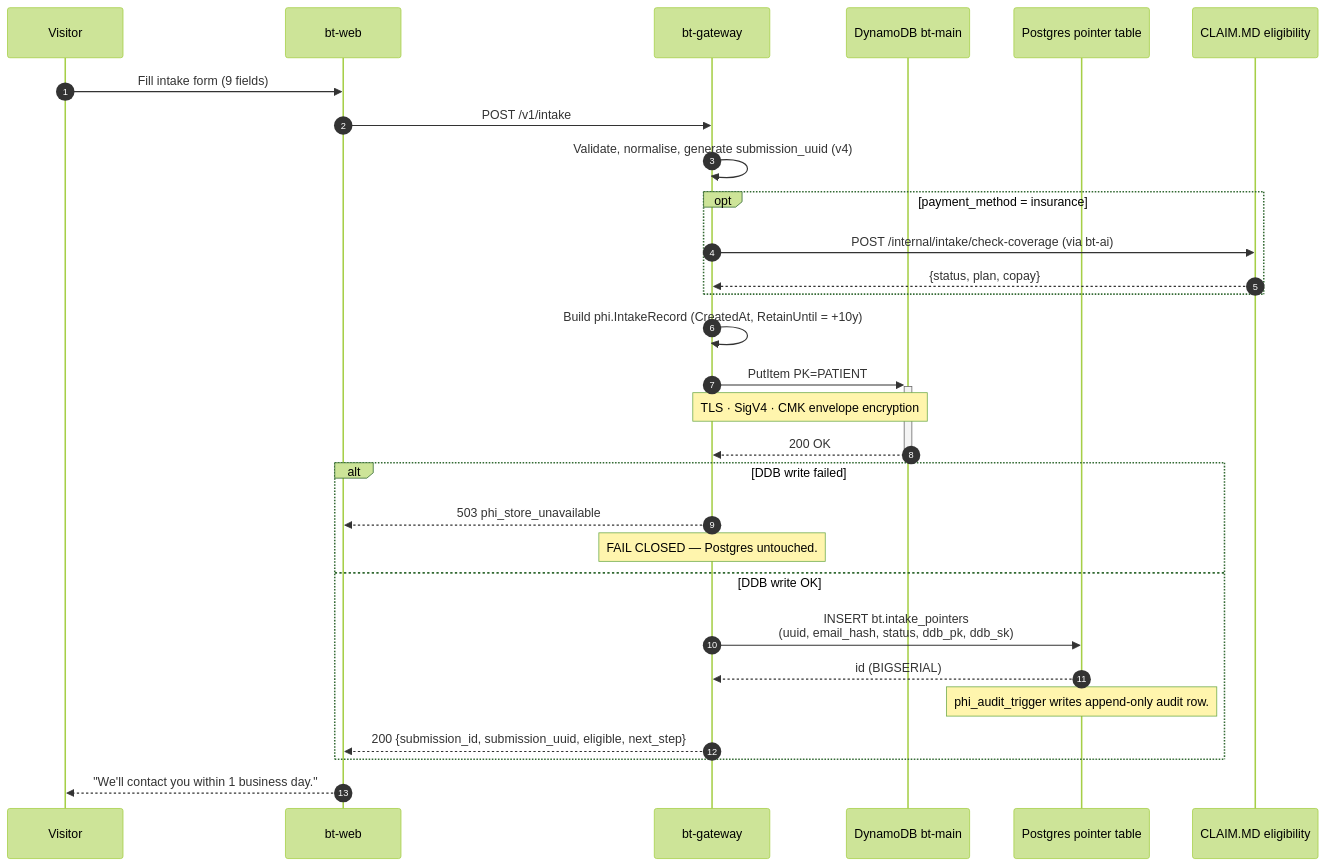
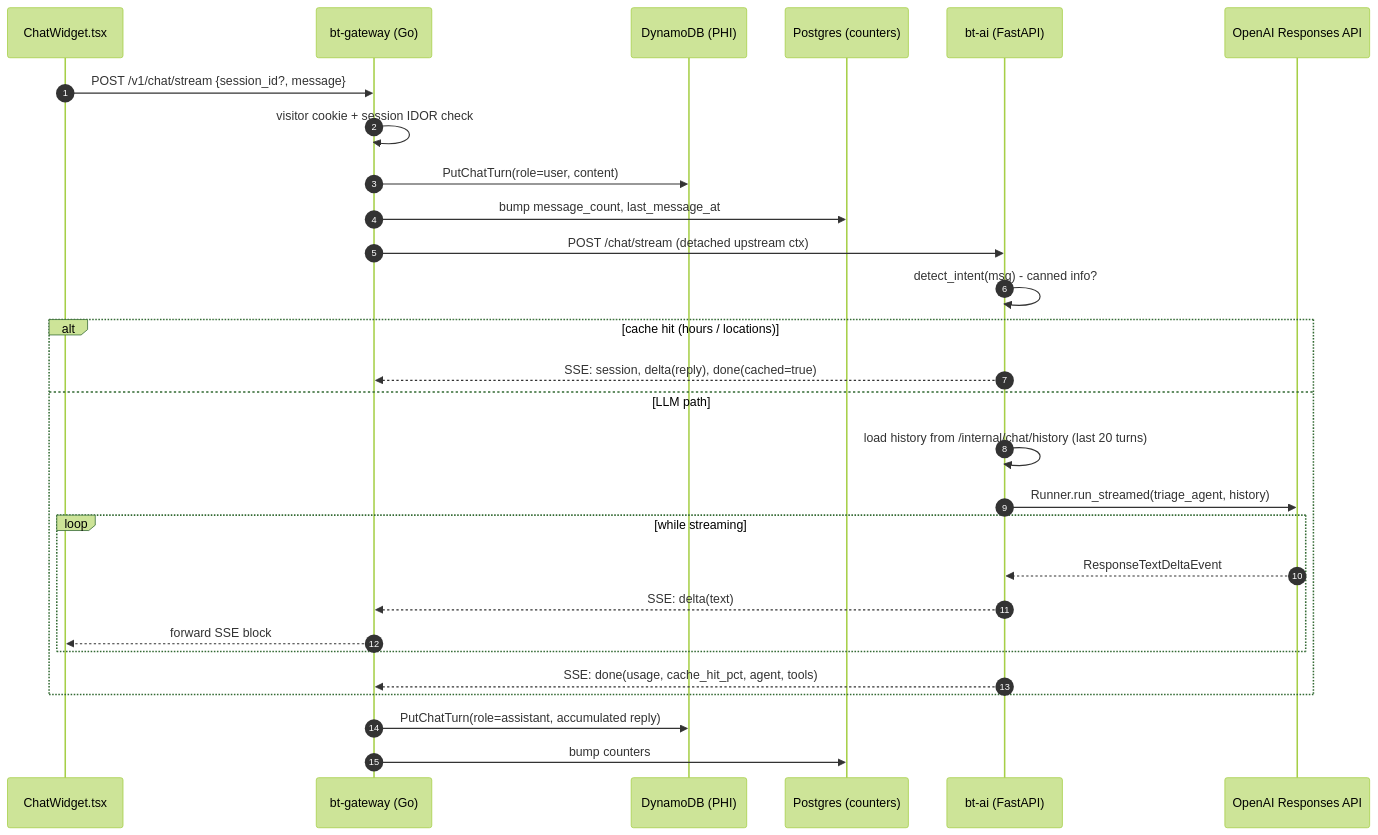
The third of 9 diagrams in README.md (shankasf/brightertomorrow), drawn with Mermaid (forest theme) before and after one commit. The commit also changed other lines of this file, not shown here.

First line of the commit message:
docs(readme): rebuild as voice + chat agent map with mermaid flowcharts

````diff
--- a/README.md
+++ b/README.md
@@ -376,32 +96,33 @@
 ```mermaid
 sequenceDiagram
     autonumber
-    participant V as Visitor
-    participant W as bt-web
-    participant GW as bt-gateway
-    participant DDB as DynamoDB bt-main
-    participant PG as Postgres pointer table
-    participant CL as CLAIM.MD eligibility
+    participant W as ChatWidget.tsx
+    participant G as bt-gateway (Go)
+    participant DDB as DynamoDB (PHI)
+    participant PG as Postgres (counters)
+    participant AI as bt-ai (FastAPI)
+    participant LLM as OpenAI Responses API
 
-    V->>W: Fill intake form (9 fields)
-    W->>GW: POST /v1/intake
-    GW->>GW: Validate, normalise, generate submission_uuid (v4)
-    opt payment_method = insurance
-        GW->>CL: POST /internal/intake/check-coverage (via bt-ai)
-        CL-->>GW: {status, plan, copay}
+    W->>G: POST /v1/chat/stream {session_id?, message}
+    G->>G: visitor cookie + session IDOR check
+    G->>DDB: PutChatTurn(role=user, content)
+    G->>PG: bump message_count, last_message_at
+    G->>AI: POST /chat/stream (detached upstream ctx)
+    AI->>AI: detect_intent(msg) - canned info?
+
+    alt cache hit (hours / locations)
+        AI-->>G: SSE: session, delta(reply), done(cached=true)
+    else LLM path
+        AI->>AI: load history from /internal/chat/history (last 20 turns)
+        AI->>LLM: Runner.run_streamed(triage_agent, history)
+        loop while streaming
+            LLM-->>AI: ResponseTextDeltaEvent
+            AI-->>G: SSE: delta(text)
+            G-->>W: forward SSE block
+        end
+        AI-->>G: SSE: done(usage, cache_hit_pct, agent, tools)
     end
-    GW->>GW: Build phi.IntakeRecord (CreatedAt, RetainUntil = +10y)
-    GW->>+DDB: PutItem PK=PATIENT#sha256(email) SK=INTAKE#uuid<br/>(condition: attribute_not_exists)
-    Note over GW,DDB: TLS · SigV4 · CMK envelope encryption
-    DDB-->>-GW: 200 OK
-    alt DDB write failed
-        GW-->>W: 503 phi_store_unavailable
-        Note over GW: FAIL CLOSED — Postgres untouched.
-    else DDB write OK
-        GW->>PG: INSERT bt.intake_pointers<br/>(uuid, email_hash, status, ddb_pk, ddb_sk)
-        PG-->>GW: id (BIGSERIAL)
-        Note over PG: phi_audit_trigger writes append-only audit row.
-        GW-->>W: 200 {submission_id, submission_uuid, eligible, next_step}
-    end
-    W-->>V: "We'll contact you within 1 business day."
+
+    G->>DDB: PutChatTurn(role=assistant, accumulated reply)
+    G->>PG: bump counters
 ```
````
